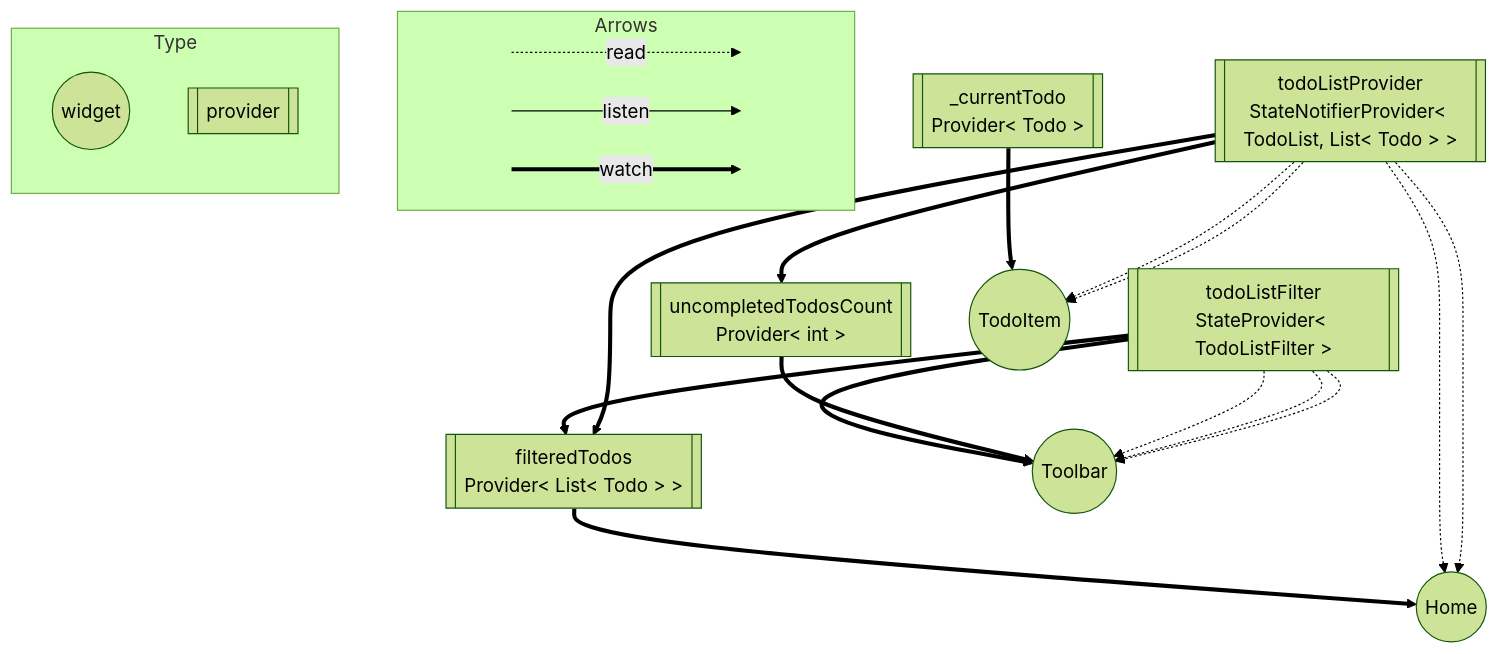
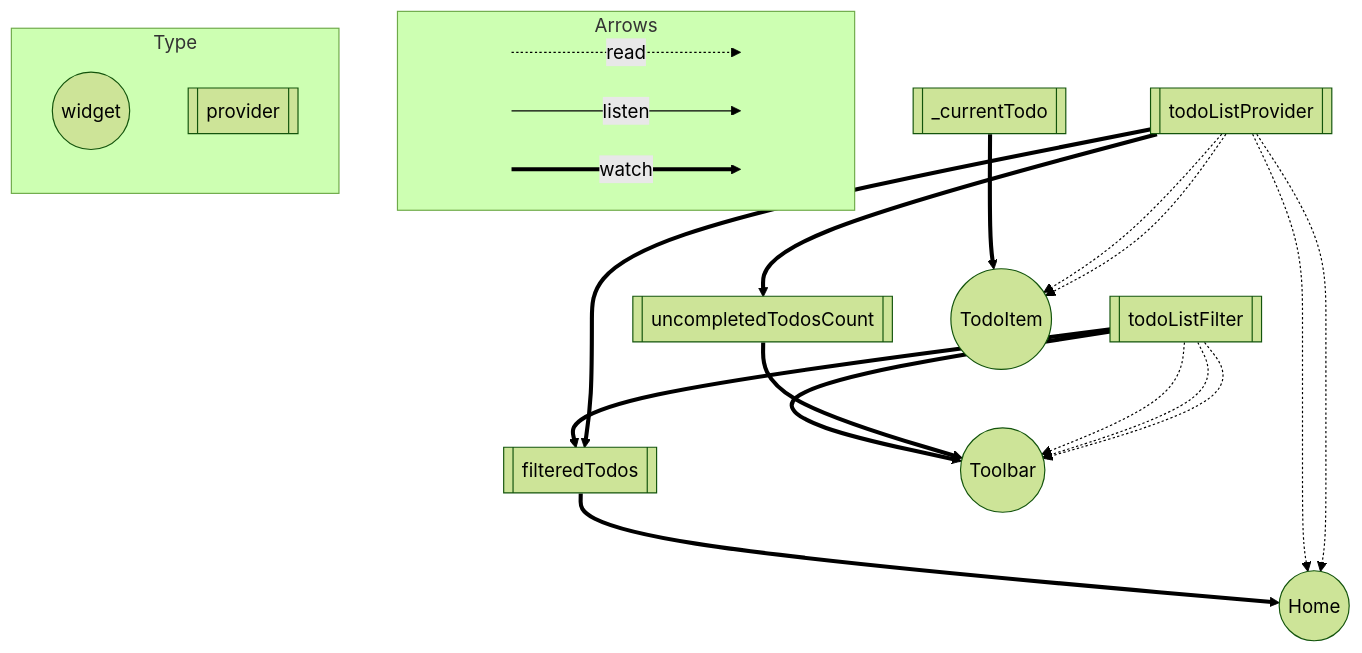
The first of 2 diagrams in packages/riverpod_graph/README.md (rrousselGit/riverpod), drawn with Mermaid (forest theme) before and after one commit. The commit also changed other lines of this file, not shown here.

````diff
--- a/packages/riverpod_graph/README.md
+++ b/packages/riverpod_graph/README.md
@@ -44,45 +44,45 @@
 ```mermaid
 
 flowchart TB
   subgraph Arrows
     direction LR
     start1[ ] -..->|read| stop1[ ]
     style start1 height:0px;
     style stop1 height:0px;
     start2[ ] --->|listen| stop2[ ]
     style start2 height:0px;
     style stop2 height:0px;
     start3[ ] ===>|watch| stop3[ ]
     style start3 height:0px;
     style stop3 height:0px;
   end
 
   subgraph Type
     direction TB
     ConsumerWidget((widget));
     Provider[[provider]];
   end
-  filteredTodos[["filteredTodos</br>Provider&lt; List&lt; Todo &gt; &gt;"]];
-  todoListProvider[["todoListProvider</br>StateNotifierProvider&lt; TodoList, List&lt; Todo &gt; &gt;"]];
-  todoListFilter[["todoListFilter</br>StateProvider&lt; TodoListFilter &gt;"]];
-  uncompletedTodosCount[["uncompletedTodosCount</br>Provider&lt; int &gt;"]];
-  _currentTodo[["_currentTodo</br>Provider&lt; Todo &gt;"]];
+  filteredTodos[["filteredTodos"]];
+  todoListProvider[["todoListProvider"]];
+  todoListFilter[["todoListFilter"]];
+  uncompletedTodosCount[["uncompletedTodosCount"]];
+  _currentTodo[["_currentTodo"]];
   Home((Home));
   filteredTodos ==> Home;
   todoListProvider -.-> Home;
   todoListProvider -.-> Home;
   Toolbar((Toolbar));
   todoListFilter ==> Toolbar;
   uncompletedTodosCount ==> Toolbar;
   todoListFilter -.-> Toolbar;
   todoListFilter -.-> Toolbar;
   todoListFilter -.-> Toolbar;
   TodoItem((TodoItem));
   _currentTodo ==> TodoItem;
   todoListProvider -.-> TodoItem;
   todoListProvider -.-> TodoItem;
   todoListFilter ==> filteredTodos;
   todoListProvider ==> filteredTodos;
   todoListProvider ==> uncompletedTodosCount;
 
   ```
````
